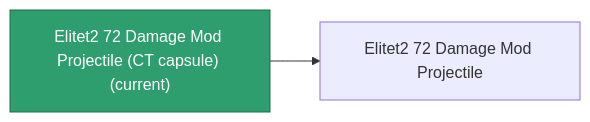
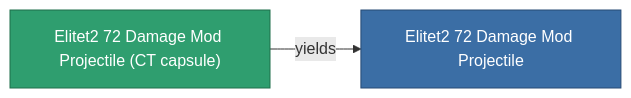
One commit to OpenPerpetuum/Wiki changed the diagram in content/content/items/elitet2_72_damage_mod_projectile_CT_capsule.md. Above: the diagram before and after it, drawn with Mermaid. The commit also changed other lines of this file and 2015 other files, not shown here.

````diff
--- a/content/content/items/elitet2_72_damage_mod_projectile_CT_capsule.md
+++ b/content/content/items/elitet2_72_damage_mod_projectile_CT_capsule.md
@@ -33,8 +33,9 @@
 ```mermaid
 graph LR
-    a["Elitet2 72 Damage Mod Projectile (CT capsule) (current)"]:::current
-    b["Elitet2 72 Damage Mod Projectile"]
-    a --> b
-    click b "/content/items/elitet2-72-damage-mod-projectile/" "Elitet2 72 Damage Mod Projectile"
+    a["Elitet2 72 Damage Mod Projectile (CT capsule)"]:::current
+    b["Elitet2 72 Damage Mod Projectile"]:::finished
+    a -->|yields| b
+                click b "/content/items/elitet2-72-damage-mod-projectile/" "Elitet2 72 Damage Mod Projectile"
     classDef current fill:#2f9e6f,stroke:#1f6f4a,color:#ffffff
+    classDef finished fill:#3b6ea5,stroke:#274a75,color:#ffffff
 ```
````
